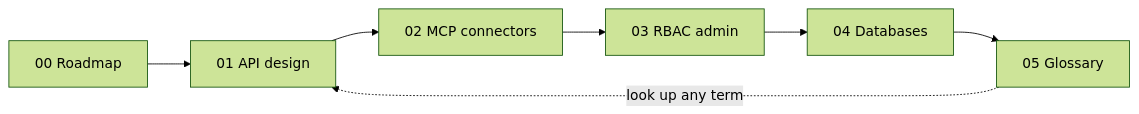
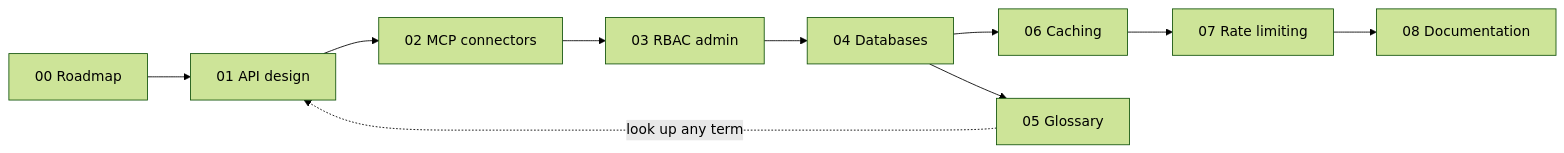
One commit to axomiyaindie/agentic-backend-cookbook changed the diagram in README.md. Above: the diagram before and after it, drawn with Mermaid (forest theme). The commit also changed other lines of this file, not shown here.

````diff
--- a/README.md
+++ b/README.md
@@ -103,9 +107,12 @@
 ```mermaid
 flowchart LR
     A[00 Roadmap] --> B[01 API design]
     B --> C[02 MCP connectors]
     C --> D[03 RBAC admin]
     D --> E[04 Databases]
-    E --> F[05 Glossary]
-    F -. look up any term .-> B
+    E --> F[06 Caching]
+    F --> G[07 Rate limiting]
+    G --> H[08 Documentation]
+    E --> I[05 Glossary]
+    I -. look up any term .-> B
 ```
````
